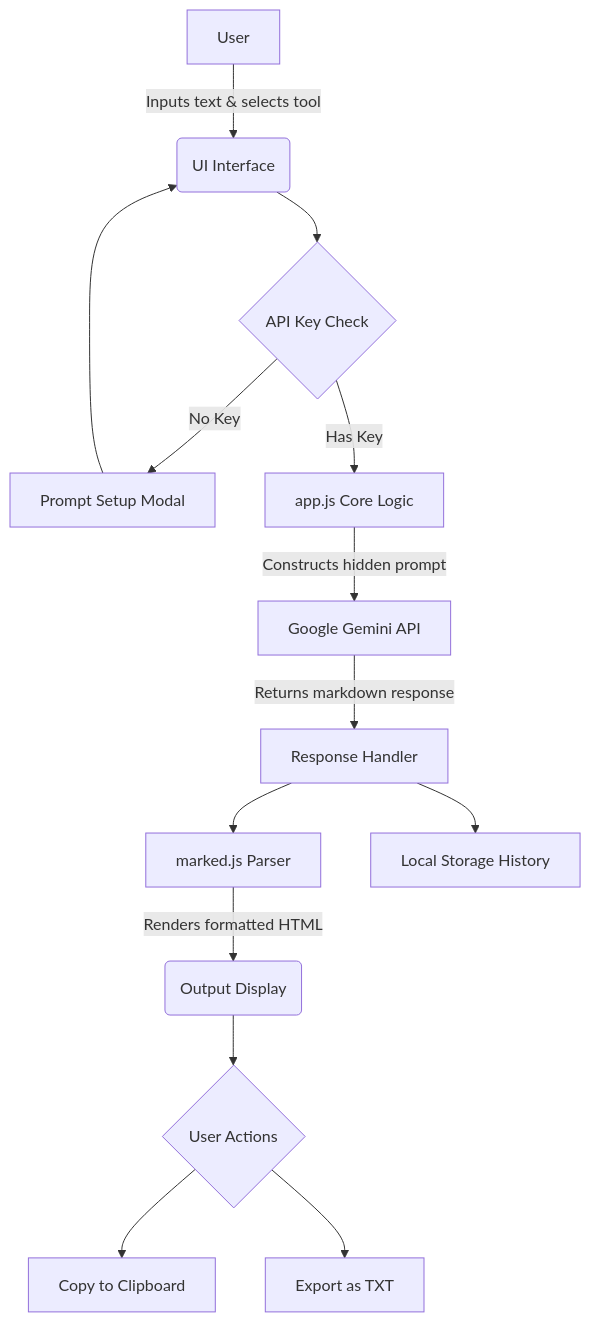
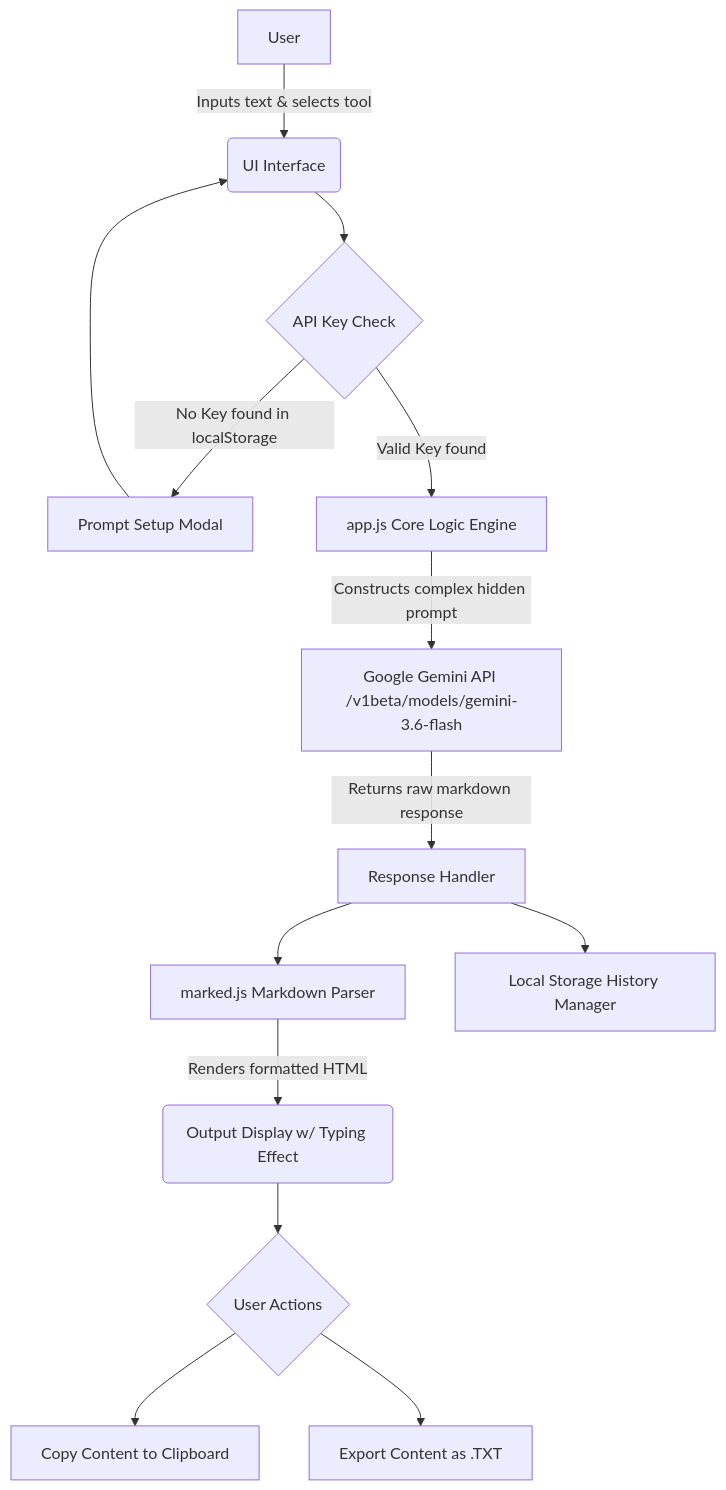
The diagram in README.md (krrish-cypto/study-ai-pro), drawn with Mermaid before and after one commit. The commit also changed other lines of this file, not shown here.

````diff
--- a/README.md
+++ b/README.md
@@ -63,20 +85,20 @@
 ```mermaid
 graph TD
     A[User] -->|Inputs text & selects tool| B(UI Interface)
     B --> C{API Key Check}
-    C -->|No Key| D[Prompt Setup Modal]
+    C -->|No Key found in localStorage| D[Prompt Setup Modal]
     D --> B
-    C -->|Has Key| E[app.js Core Logic]
+    C -->|Valid Key found| E[app.js Core Logic Engine]
     
-    E -->|Constructs hidden prompt| F[Google Gemini API]
+    E -->|Constructs complex hidden prompt| F[Google Gemini API /v1beta/models/gemini-3.6-flash]
     
-    F -->|Returns markdown response| G[Response Handler]
-    G --> H[marked.js Parser]
-    G --> I[Local Storage History]
+    F -->|Returns raw markdown response| G[Response Handler]
+    G --> H[marked.js Markdown Parser]
+    G --> I[Local Storage History Manager]
     
-    H -->|Renders formatted HTML| J(Output Display)
+    H -->|Renders formatted HTML| J(Output Display w/ Typing Effect)
     J --> K{User Actions}
     
-    K --> L[Copy to Clipboard]
-    K --> M[Export as TXT]
+    K --> L[Copy Content to Clipboard]
+    K --> M[Export Content as .TXT]
 ```
````
